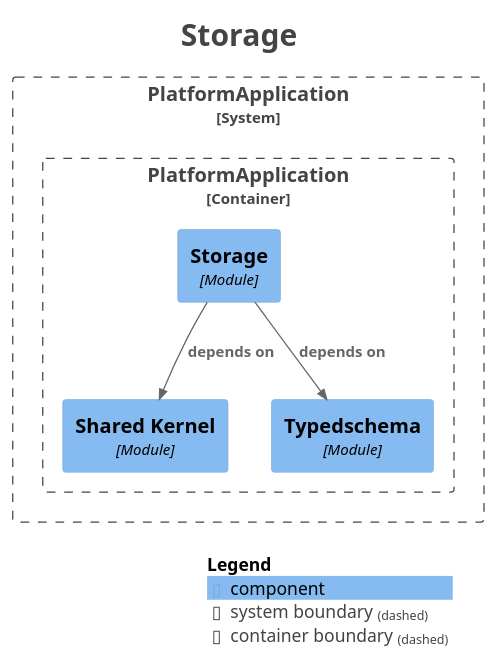
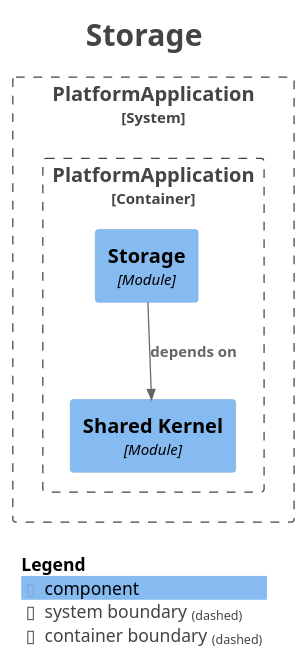
Before and after one commit to shangxq007/media-platform: the diagram in platform-app/docs/architecture/maps/generated/modulith/module-storage.puml, drawn with PlantUML. The commit also changed 163 other files, not shown here.

```diff
--- a/platform-app/docs/architecture/maps/generated/modulith/module-storage.puml
+++ b/platform-app/docs/architecture/maps/generated/modulith/module-storage.puml
@@ -1,32 +1,30 @@
 @startuml
 title <size:24>Storage</size>
 
 set separator none
 top to bottom direction
 
 <style>
   root {
     BackgroundColor: #ffffff
     FontColor: #444444
   }
 </style>
 
 !include <C4/C4>
 !include <C4/C4_Context>
 !include <C4/C4_Component>
 
 System_Boundary("PlatformApplication_boundary", "PlatformApplication", $tags="") {
   Container_Boundary("PlatformApplication.PlatformApplication_boundary", "PlatformApplication", $tags="") {
     Component(PlatformApplication.PlatformApplication.SharedKernel, "Shared Kernel", $techn="Module", $descr="", $tags="", $link="")
     Component(PlatformApplication.PlatformApplication.Storage, "Storage", $techn="Module", $descr="", $tags="", $link="")
-    Component(PlatformApplication.PlatformApplication.Typedschema, "Typedschema", $techn="Module", $descr="", $tags="", $link="")
   }
 
 }
 
 Rel(PlatformApplication.PlatformApplication.Storage, PlatformApplication.PlatformApplication.SharedKernel, "depends on", $techn="", $tags="", $link="")
-Rel(PlatformApplication.PlatformApplication.Storage, PlatformApplication.PlatformApplication.Typedschema, "depends on", $techn="", $tags="", $link="")
 
 SHOW_LEGEND(true)
 hide stereotypes
 @enduml
```
